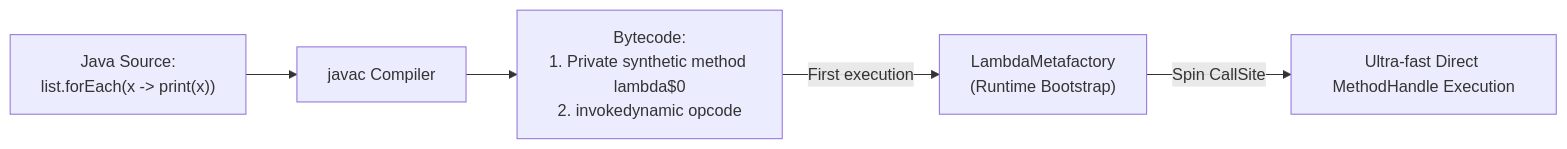
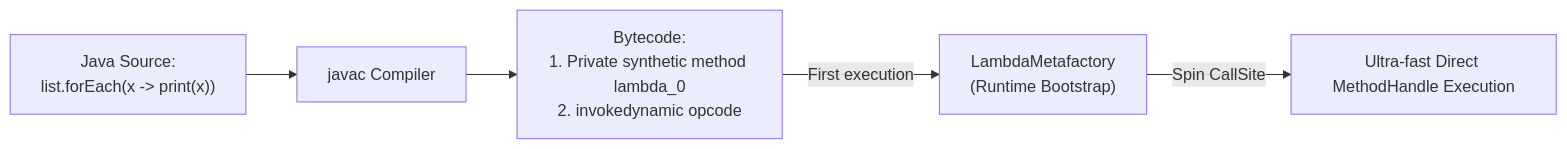
The second of 4 diagrams in content/roadmap/level-4/lambdas-and-functional-interfaces.md (ravishankar2463/java_hub), drawn with Mermaid before and after one commit. The commit also changed other lines of this file and 18 other files, not shown here.

````diff
--- a/content/roadmap/level-4/lambdas-and-functional-interfaces.md
+++ b/content/roadmap/level-4/lambdas-and-functional-interfaces.md
@@ -72,13 +72,13 @@
 ```mermaid
 flowchart LR
     Source["Java Source:<br/>list.forEach(x -&gt; print(x))"]
     Javac["javac Compiler"]
-    Bytecode["Bytecode:<br/>1. Private synthetic method lambda$0<br/>2. invokedynamic opcode"]
+    Bytecode["Bytecode:<br/>1. Private synthetic method lambda_0<br/>2. invokedynamic opcode"]
     Metafactory["LambdaMetafactory<br/>(Runtime Bootstrap)"]
     DirectCall["Ultra-fast Direct MethodHandle Execution"]
 
     Source --> Javac
     Javac --> Bytecode
     Bytecode -->|"First execution"| Metafactory
     Metafactory -->|"Spin CallSite"| DirectCall
 ```
````
